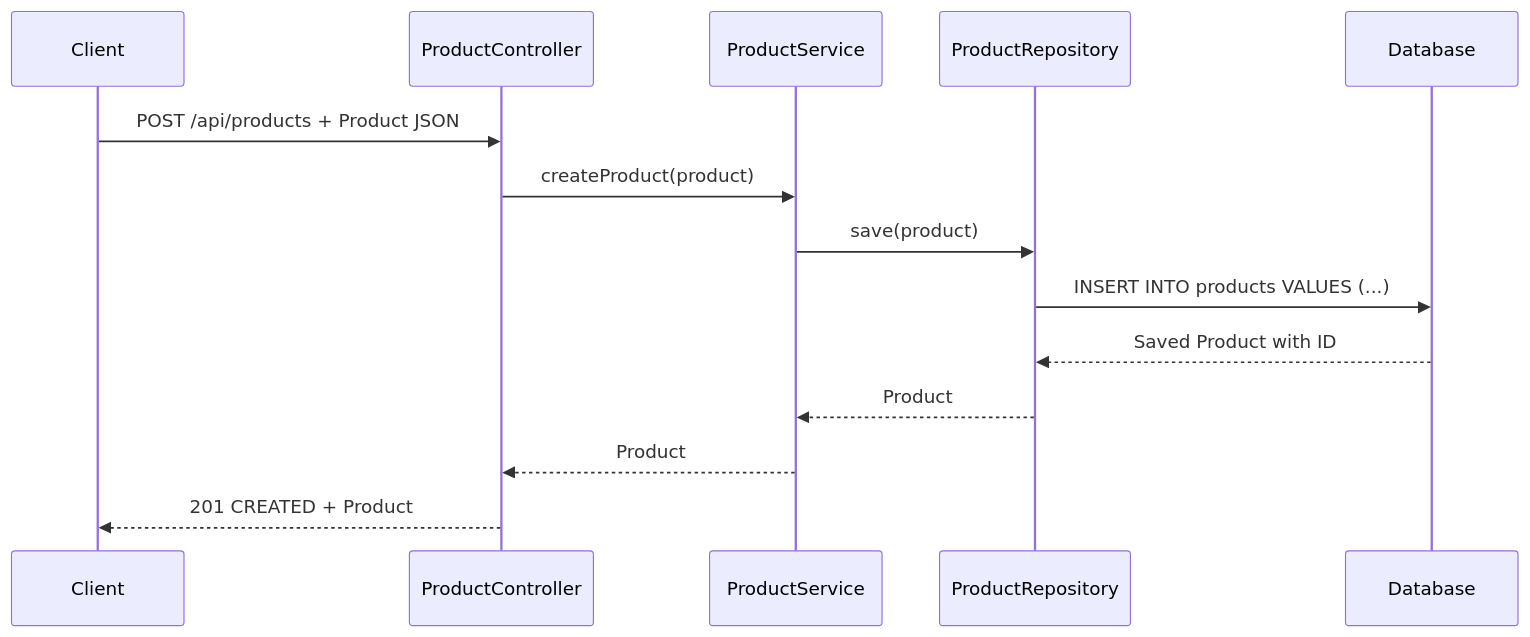
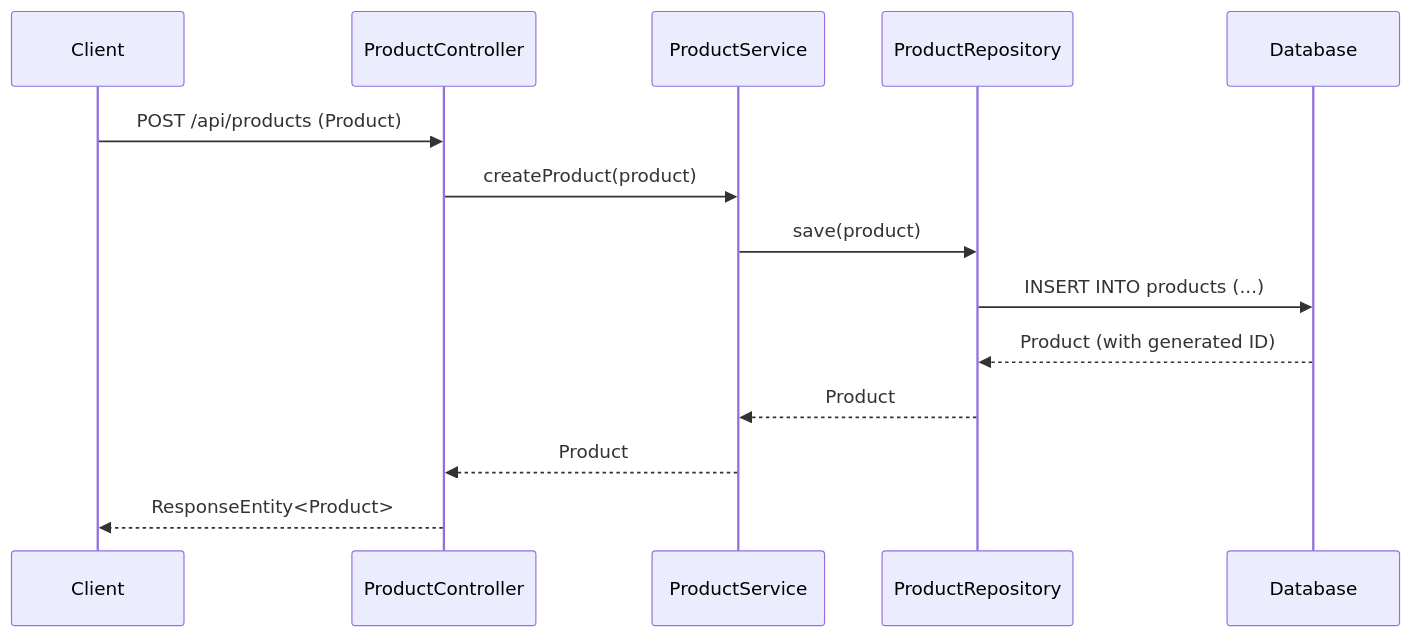
One commit to NavneetBN47/aava-ecom-demo changed the sixth of 10 diagrams in docs/LLD/lld.md. Above: the diagram before and after it, drawn with Mermaid. The commit also changed other lines of this file, not shown here.

````diff
--- a/docs/LLD/lld.md
+++ b/docs/LLD/lld.md
@@ -159,17 +203,17 @@
 ```mermaid
 sequenceDiagram
     participant Client
     participant ProductController
     participant ProductService
     participant ProductRepository
     participant Database
     
-    Client->>ProductController: POST /api/products + Product JSON
+    Client->>ProductController: POST /api/products (Product)
     ProductController->>ProductService: createProduct(product)
     ProductService->>ProductRepository: save(product)
-    ProductRepository->>Database: INSERT INTO products VALUES (...)
-    Database-->>ProductRepository: Saved Product with ID
+    ProductRepository->>Database: INSERT INTO products (...)
+    Database-->>ProductRepository: Product (with generated ID)
     ProductRepository-->>ProductService: Product
     ProductService-->>ProductController: Product
-    ProductController-->>Client: 201 CREATED + Product
+    ProductController-->>Client: ResponseEntity<Product>
 ```
````
